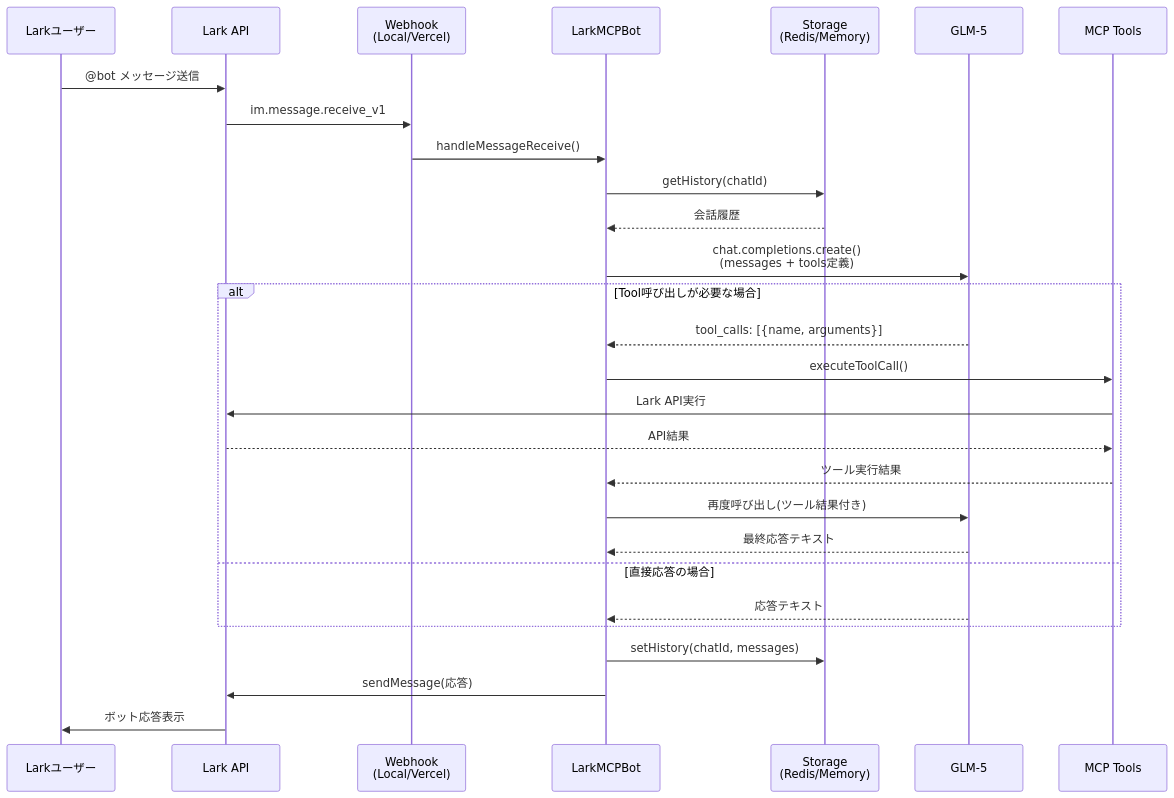
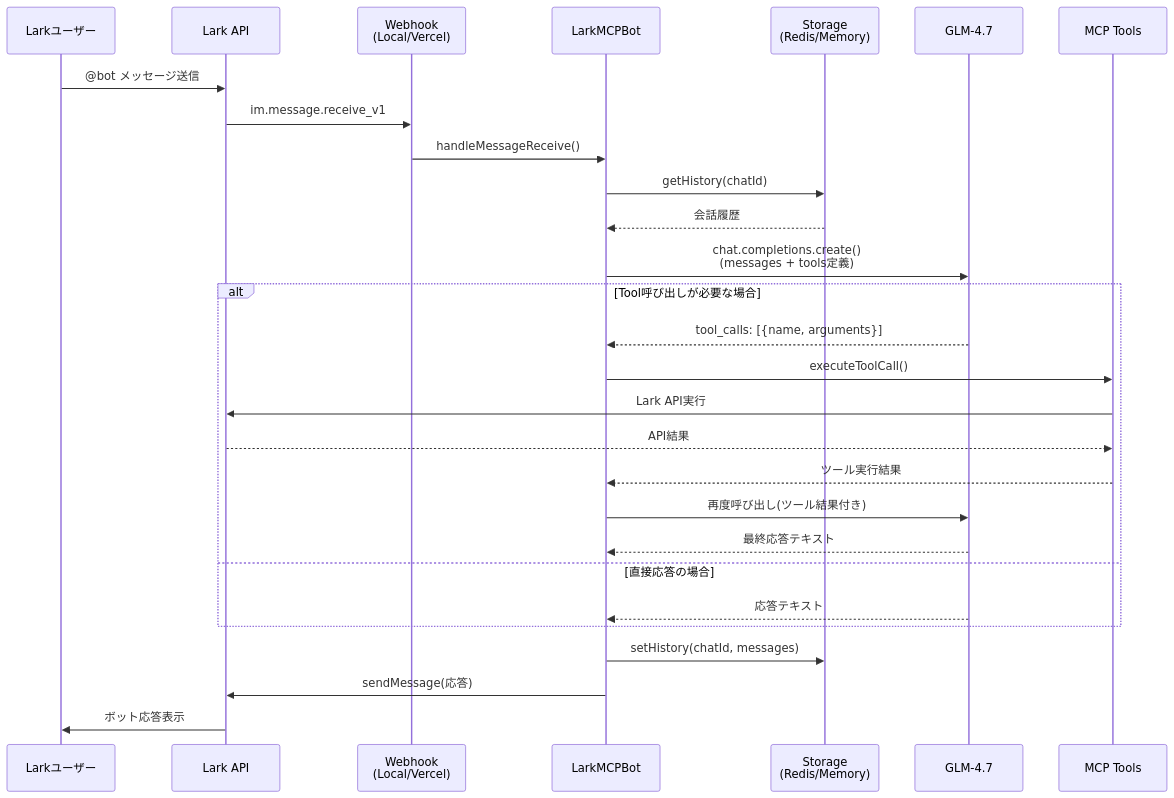
One commit to shoma-endo/lark-mcp-bot changed the second of 4 diagrams in README.md. Above: the diagram before and after it, drawn with Mermaid. The commit also changed other lines of this file and 6 other files, not shown here.

````diff
--- a/README.md
+++ b/README.md
@@ -74,35 +74,35 @@
 ```mermaid
 sequenceDiagram
     participant U as Larkユーザー
     participant L as Lark API
     participant W as Webhook<br/>(Local/Vercel)
     participant B as LarkMCPBot
     participant S as Storage<br/>(Redis/Memory)
-    participant G as GLM-5
+    participant G as GLM-4.7
     participant M as MCP Tools
 
     U->>L: @bot メッセージ送信
     L->>W: im.message.receive_v1
     W->>B: handleMessageReceive()
 
     B->>S: getHistory(chatId)
     S-->>B: 会話履歴
 
     B->>G: chat.completions.create()<br/>(messages + tools定義)
 
     alt Tool呼び出しが必要な場合
         G-->>B: tool_calls: [{name, arguments}]
         B->>M: executeToolCall()
         M->>L: Lark API実行
         L-->>M: API結果
         M-->>B: ツール実行結果
         B->>G: 再度呼び出し(ツール結果付き)
         G-->>B: 最終応答テキスト
     else 直接応答の場合
         G-->>B: 応答テキスト
     end
 
     B->>S: setHistory(chatId, messages)
     B->>L: sendMessage(応答)
     L->>U: ボット応答表示
 ```
````
